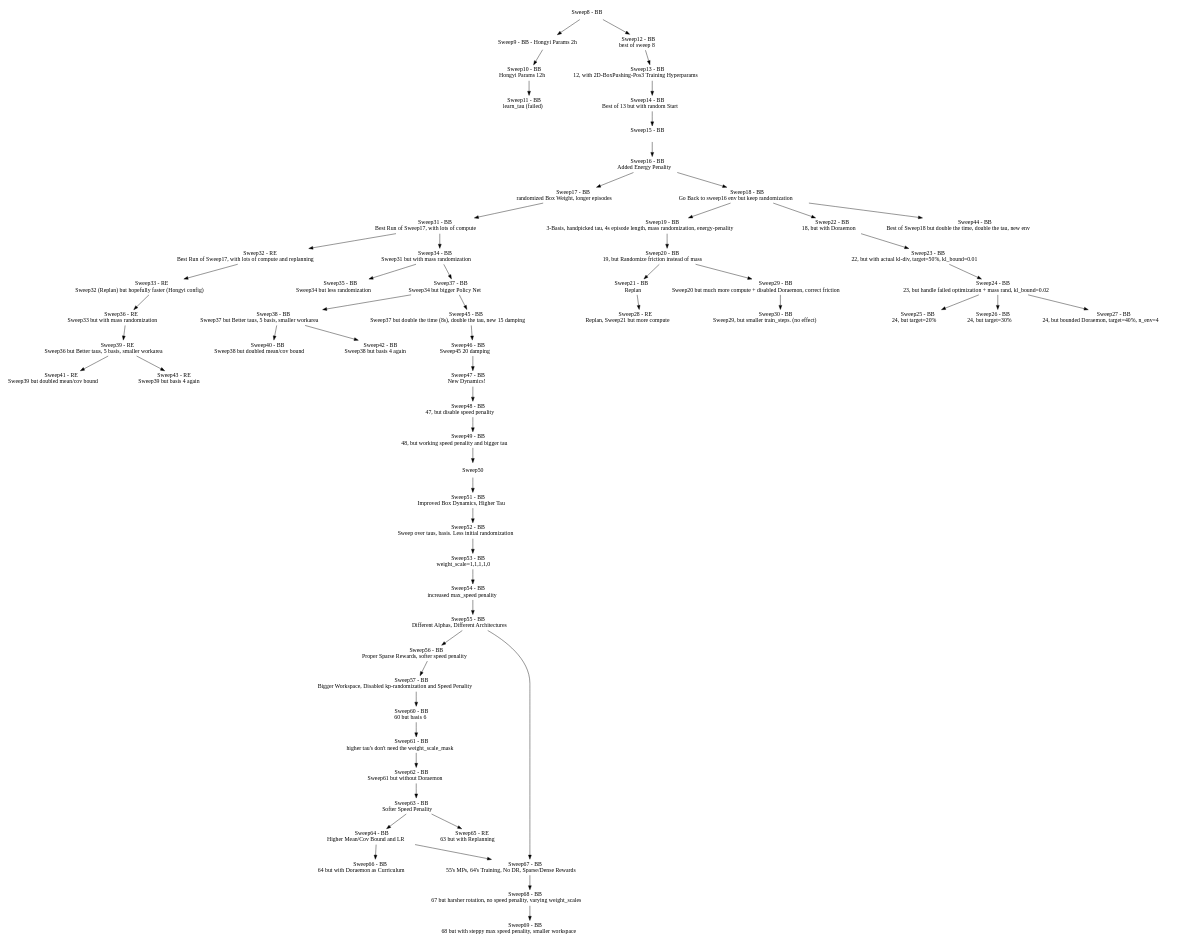
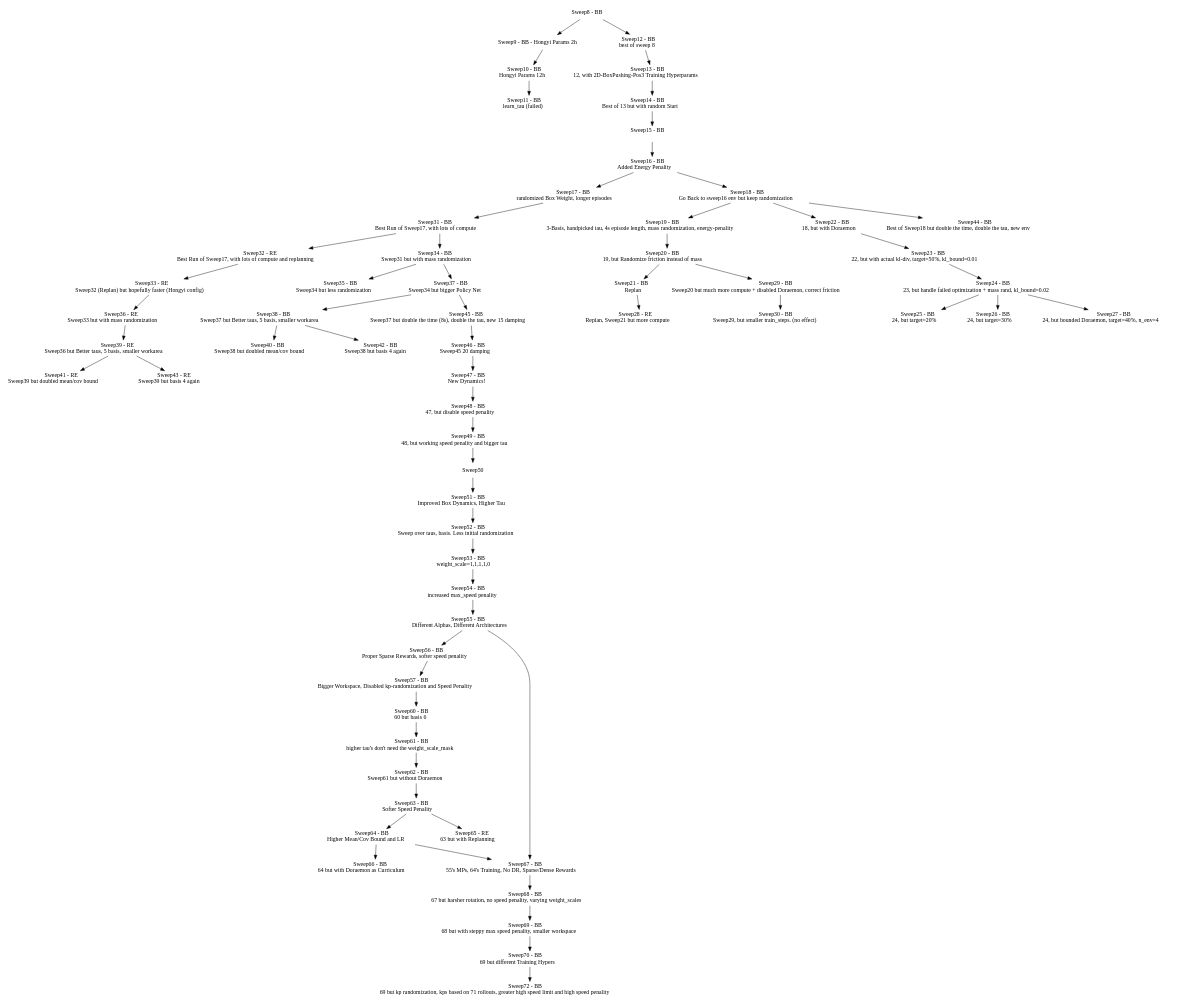
Before and after one commit to maxmunzel/fancy_gym: the diagram in sweeps.dot, drawn with Graphviz. The commit also changed 1 other file, not shown here.

Commit message:
Sweep72 -- 70 but kp randomization, kps based on 71 rollouts, greater high speed limit and high speed penality

```diff
--- a/sweeps.dot
+++ b/sweeps.dot
@@ -1,125 +1,129 @@
 digraph Sweeps {
     // Nodes
     node [shape=plaintext]
     "Sweep8"  [label=<Sweep8 - BB>];
     "Sweep9"  [label=<Sweep9 - BB - Hongyi Params 2h>];
     "Sweep10" [label=<Sweep10 - BB <BR/> Hongyi Params 12h>];
     "Sweep11" [label=<Sweep11 - BB <BR/> learn_tau (failed)>];
     "Sweep12" [label=<Sweep12 - BB <BR/> best of sweep 8>];
     "Sweep13" [label=<Sweep13 - BB <BR/> 12, with 2D-BoxPushing-Pos3 Training Hyperparams>];
     "Sweep14" [label=<Sweep14 - BB <BR/> Best of 13 but with random Start>];
     "Sweep15" [label=<Sweep15 - BB <BR/> >];
     "Sweep16" [label=<Sweep16 - BB <BR/> Added Energy Penality>];
     "Sweep17" [label=<Sweep17 - BB <BR/> randomized Box Weight, longer episodes>];
     "Sweep18" [label=<Sweep18 - BB <BR/> Go Back to sweep16 env but keep randomization>];
     "Sweep19" [label=<Sweep19 - BB <BR/> 3-Basis, handpicked tau, 4s episode length, mass randomization, energy-penality>];
     "Sweep20" [label=<Sweep20 - BB <BR/> 19, but Randomize friction instead of mass>];
     "Sweep21" [label=<Sweep21 - BB <BR/> Replan>];
     "Sweep22" [label=<Sweep22 - BB <BR/> 18, but with Doraemon>];
     "Sweep23" [label=<Sweep23 - BB <BR/> 22, but with actual kl-div, target=50%, kl_bound=0.01>];
     "Sweep24" [label=<Sweep24 - BB <BR/> 23, but handle failed optimization + mass rand, kl_bound=0.02>];
     "Sweep25" [label=<Sweep25 - BB <BR/> 24, but target=20%>];
     "Sweep26" [label=<Sweep26 - BB <BR/> 24, but target=30%>];
     "Sweep27" [label=<Sweep27 - BB <BR/> 24, but bounded Doraemon, target=40%, n_env=4>];
     "Sweep28" [label=<Sweep28 - RE <BR/> Replan, Sweep21 but more compute>];
     "Sweep29" [label=<Sweep29 - BB <BR/> Sweep20 but much more compute + disabled Doraemon, correct friction>];
     "Sweep30" [label=<Sweep30 - BB <BR/> Sweep29, but smaller train_steps. (no effect)>];
     "Sweep31" [label=<Sweep31 - BB <BR/> Best Run of Sweep17, with lots of compute>];
     "Sweep32" [label=<Sweep32 - RE <BR/> Best Run of Sweep17, with lots of compute and replanning>];
     "Sweep33" [label=<Sweep33 - RE <BR/> Sweep32 (Replan) but hopefully faster (Hongyi config)>];
     "Sweep34" [label=<Sweep34 - BB <BR/> Sweep31 but with mass randomization>];
     "Sweep35" [label=<Sweep35 - BB <BR/> Sweep34 but less randomization>];
     "Sweep36" [label=<Sweep36 - RE <BR/> Sweep33 but with mass randomization>];
     "Sweep37" [label=<Sweep37 - BB <BR/> Sweep34 but bigger Policy Net>];
     "Sweep38" [label=<Sweep38 - BB <BR/> Sweep37 but Better taus, 5 basis, smaller workarea>];
     "Sweep39" [label=<Sweep39 - RE <BR/> Sweep36 but Better taus, 5 basis, smaller workarea>];
     "Sweep40" [label=<Sweep40 - BB <BR/> Sweep38 but doubled mean/cov bound>];
     "Sweep41" [label=<Sweep41 - RE <BR/> Sweep39 but doubled mean/cov bound>];
     "Sweep42" [label=<Sweep42 - BB <BR/> Sweep38 but basis 4 again>];
     "Sweep43" [label=<Sweep43 - RE <BR/> Sweep39 but basis 4 again>];
     "Sweep44" [label=<Sweep44 - BB <BR/> Best of Sweep18 but double the time, double the tau, new env>];
     "Sweep45" [label=<Sweep45 - BB <BR/> Sweep37 but double the time (8s), double the tau, new 15 damping>];
     "Sweep46" [label=<Sweep46 - BB <BR/> Sweep45 20 damping>];
     "Sweep47" [label=<Sweep47 - BB <BR/> New Dynamics! >];
     "Sweep48" [label=<Sweep48 - BB <BR/> 47, but disable speed penality  >];
     "Sweep49" [label=<Sweep49 - BB <BR/> 48, but working speed penality and bigger tau  >];
     "Sweep51" [label=<Sweep51 - BB <BR/> Improved Box Dynamics, Higher Tau>];
     "Sweep52" [label=<Sweep52 - BB <BR/> Sweep over taus, basis. Less initial randomization>];
     "Sweep53" [label=<Sweep53 - BB <BR/> weight_scale=1,1,1,1,0 >];
     "Sweep54" [label=<Sweep54 - BB <BR/> increased max_speed penality>];
     "Sweep55" [label=<Sweep55 - BB <BR/> Different Alphas, Different Architectures>];
     "Sweep56" [label=<Sweep56 - BB <BR/> Proper Sparse Rewards, softer speed penality>];
     "Sweep57" [label=<Sweep57 - BB <BR/> Bigger Workspace, Disabled kp-randomization and Speed Penality>];
     "Sweep60" [label=<Sweep60 - BB <BR/> 60 but basis 6>];
     "Sweep61" [label=<Sweep61 - BB <BR/> higher tau's don't need the weight_scale_mask>];
     "Sweep62" [label=<Sweep62 - BB <BR/> Sweep61 but without Doraemon>];
     "Sweep63" [label=<Sweep63 - BB <BR/> Softer Speed Penality >];
     "Sweep64" [label=<Sweep64 - BB <BR/> Higher Mean/Cov Bound and LR >];
     "Sweep65" [label=<Sweep65 - RE <BR/> 63 but with Replanning >];
     "Sweep66" [label=<Sweep66 - BB <BR/> 64 but with Doraemon as Curriculum >];
     "Sweep67" [label=<Sweep67 - BB <BR/> 55's MPs, 64's Training, No DR, Sparse/Dense Rewards >];
     "Sweep68" [label=<Sweep68 - BB <BR/> 67 but harsher rotation, no speed penality, varying weight_scales >];
     "Sweep69" [label=<Sweep69 - BB <BR/> 68 but with steppy max speed penality, smaller workspace >];
+    "Sweep70" [label=<Sweep70 - BB <BR/> 69 but different Training Hypers >];
+    "Sweep72" [label=<Sweep72 - BB <BR/> 69 but kp randomization, kps based on 71 rollouts, greater high speed limit and high speed penality >];
 
     // Edges
     "Sweep8" -> "Sweep9"
     "Sweep9" -> "Sweep10"
     "Sweep10" -> "Sweep11"
     "Sweep8" -> "Sweep12"
     "Sweep12" -> "Sweep13"
     "Sweep13" -> "Sweep14"
     "Sweep16" -> "Sweep18"
     "Sweep18" -> "Sweep19"
     "Sweep19" -> "Sweep20"
     "Sweep21" -> "Sweep28"
     "Sweep20" -> "Sweep29"
     "Sweep29" -> "Sweep30"
     "Sweep17" -> "Sweep31"
     "Sweep31" -> "Sweep32"
     "Sweep32" -> "Sweep33"
     "Sweep31" -> "Sweep34"
     "Sweep34" -> "Sweep35"
     "Sweep33" -> "Sweep36"
     "Sweep34" -> "Sweep37"
     "Sweep37" -> "Sweep38"
     "Sweep36" -> "Sweep39"
     "Sweep38" -> "Sweep40"
     "Sweep39" -> "Sweep41"
     "Sweep38" -> "Sweep42"
     "Sweep39" -> "Sweep43"
     "Sweep18" -> "Sweep22"
     "Sweep22" -> "Sweep23"
     "Sweep23" -> "Sweep24"
     "Sweep24" -> "Sweep25"
     "Sweep24" -> "Sweep26"
     "Sweep24" -> "Sweep27"
     "Sweep18" -> "Sweep44"
     "Sweep14" -> "Sweep15"
     "Sweep15" -> "Sweep16"
     "Sweep16" -> "Sweep17"
     "Sweep20" -> "Sweep21"
     "Sweep37" -> "Sweep45"
     "Sweep45" -> "Sweep46"
     "Sweep46" -> "Sweep47"
     "Sweep47" -> "Sweep48"
     "Sweep48" -> "Sweep49"
     "Sweep49" -> "Sweep50"
     "Sweep50" -> "Sweep51"
     "Sweep51" -> "Sweep52"
     "Sweep52" -> "Sweep53"
     "Sweep53" -> "Sweep54"
     "Sweep54" -> "Sweep55"
     "Sweep55" -> "Sweep56"
     "Sweep56" -> "Sweep57"
     "Sweep57" -> "Sweep60"
     "Sweep60" -> "Sweep61"
     "Sweep61" -> "Sweep62"
     "Sweep62" -> "Sweep63"
     "Sweep63" -> "Sweep64"
     "Sweep63" -> "Sweep65"
     "Sweep64" -> "Sweep66"
     "Sweep55" -> "Sweep67"
     "Sweep64" -> "Sweep67"
     "Sweep67" -> "Sweep68"
     "Sweep68" -> "Sweep69"
+    "Sweep69" -> "Sweep70"
+    "Sweep70" -> "Sweep72"
 }
```
